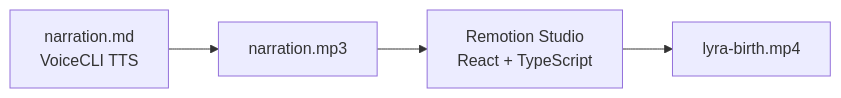
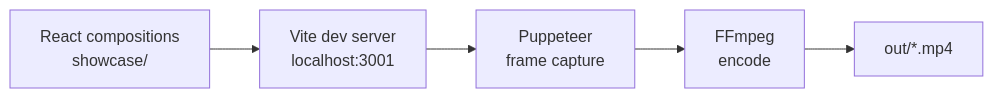
The diagram in README.md (Roxabi/roxabi-production), drawn with Mermaid before and after one commit. The commit also changed other lines of this file, not shown here.

````diff
--- a/README.md
+++ b/README.md
@@ -62,6 +25,7 @@
 ```mermaid
 flowchart LR
-  A[narration.md<br>VoiceCLI TTS] --> B[narration.mp3]
-  B --> C[Remotion Studio<br>React + TypeScript]
-  C --> D[lyra-birth.mp4]
+  A[React compositions<br>showcase/] --> B[Vite dev server<br>localhost:3001]
+  B --> C[Puppeteer<br>frame capture]
+  C --> D[FFmpeg<br>encode]
+  D --> E[out/*.mp4]
 ```
````
